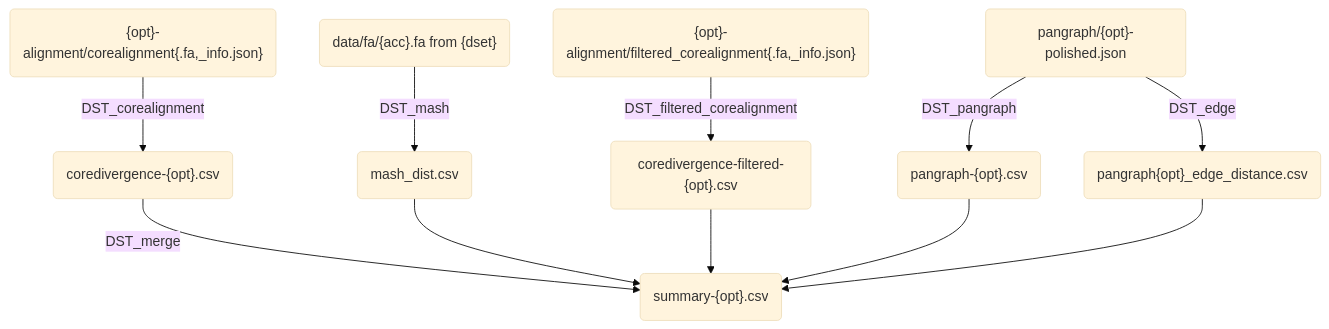
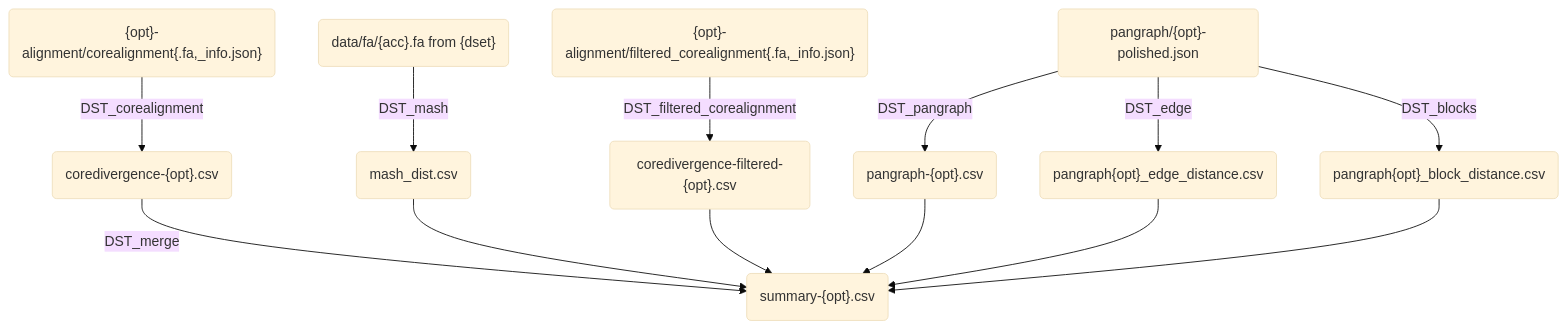
The third of 3 diagrams in notes/01_workflow_description.md (mmolari/ecoliST131-structural-evo), drawn with Mermaid (base theme) before and after one commit. The commit also changed other lines of this file and 2 other files, not shown here.

Commit message:
feat: block distance

````diff
--- a/notes/01_workflow_description.md
+++ b/notes/01_workflow_description.md
@@ -39,13 +39,15 @@
 ```mermaid
 flowchart TD
     A("{opt}-alignment/corealignment{.fa,_info.json}") --> |DST_corealignment| B("coredivergence-{opt}.csv")
     H("{opt}-alignment/filtered_corealignment{.fa,_info.json}") --> |DST_filtered_corealignment| I("coredivergence-filtered-{opt}.csv")
     C("data/fa/{acc}.fa from {dset}") --> |DST_mash| D("mash_dist.csv")
     E("pangraph/{opt}-polished.json") --> |DST_pangraph| F("pangraph-{opt}.csv")
     E --> |DST_edge| J("pangraph{opt}_edge_distance.csv")
+    E --> |DST_blocks| K("pangraph{opt}_block_distance.csv")
     B --> |DST_merge| G("summary-{opt}.csv")
     D --> G
     F --> G
     I --> G
     J --> G
+    K --> G
 ```
````
